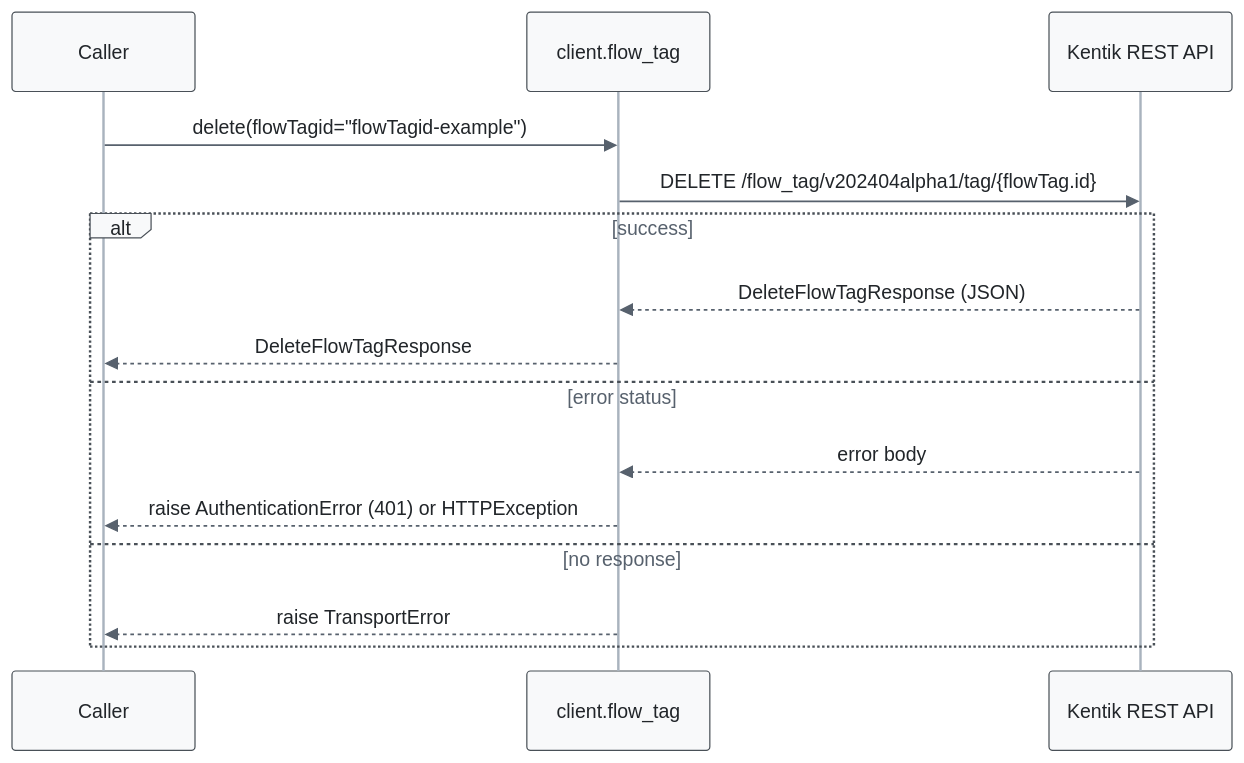
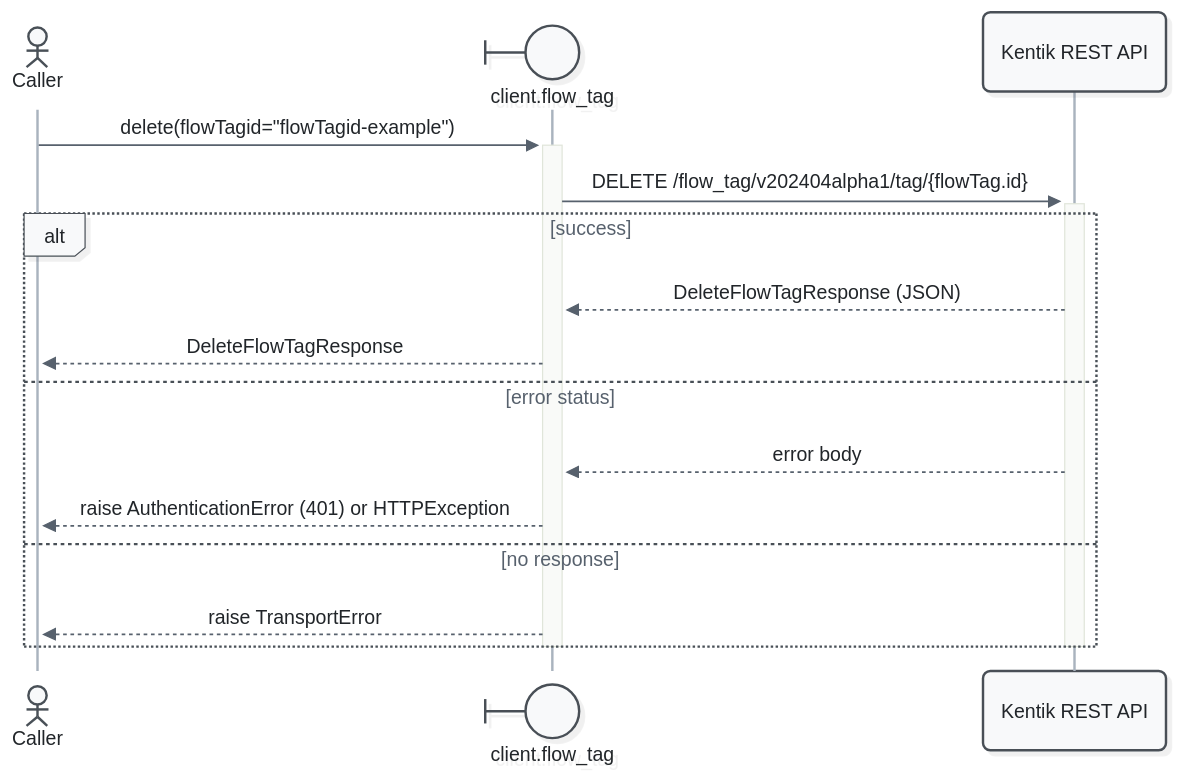
One commit to alexdearaujo/community_sdk_python changed the ninth of 11 diagrams in docs/sphinx/services/flow_tag.md. Above: the diagram before and after it, drawn with Mermaid. The commit also changed other lines of this file and 52 other files, not shown here.

First line of the commit message:
docs: Mermaid 12 sequence diagrams with participant types and path colors

````diff
--- a/docs/sphinx/services/flow_tag.md
+++ b/docs/sphinx/services/flow_tag.md
@@ -351,19 +371,21 @@
 ```mermaid
-%%{init: {"theme": "base", "fontFamily": "ui-monospace, SFMono-Regular, Menlo, monospace", "themeVariables": {"fontFamily": "ui-monospace, SFMono-Regular, Menlo, monospace", "primaryColor": "#f8f9fa", "primaryBorderColor": "#495057", "primaryTextColor": "#212529", "textColor": "#212529", "lineColor": "#77818c", "edgeLabelBackground": "#ffffff", "actorBkg": "#f8f9fa", "actorBorder": "#495057", "actorTextColor": "#212529", "actorLineColor": "#a9b3be", "signalColor": "#57616d", "signalTextColor": "#212529", "labelBoxBkgColor": "#f8f9fa", "labelBoxBorderColor": "#495057", "labelTextColor": "#212529", "loopTextColor": "#57616d", "noteBkgColor": "#fff9db", "noteBorderColor": "#f08c00", "noteTextColor": "#a35a00"}, "flowchart": {"curve": "step", "nodeSpacing": 30, "rankSpacing": 70, "wrappingWidth": 400}}}%%
+%%{init: {"theme": "redux", "look": "neo", "layout": "dagre", "fontFamily": "ui-monospace, SFMono-Regular, Menlo, monospace", "themeVariables": {"fontFamily": "ui-monospace, SFMono-Regular, Menlo, monospace", "primaryColor": "#f8f9fa", "primaryBorderColor": "#495057", "primaryTextColor": "#212529", "textColor": "#212529", "lineColor": "#77818c", "edgeLabelBackground": "#ffffff", "actorBkg": "#f8f9fa", "actorBorder": "#495057", "actorTextColor": "#212529", "actorLineColor": "#a9b3be", "signalColor": "#57616d", "signalTextColor": "#212529", "labelBoxBkgColor": "#f8f9fa", "labelBoxBorderColor": "#495057", "labelTextColor": "#212529", "loopTextColor": "#57616d", "noteBkgColor": "#fff9db", "noteBorderColor": "#f08c00", "noteTextColor": "#a35a00"}, "sequence": {"activationWidth": 16}, "flowchart": {"curve": "step", "nodeSpacing": 30, "rankSpacing": 70, "wrappingWidth": 400}}}%%
 sequenceDiagram
-    participant C as Caller
-    participant W as client.flow_tag
+    actor C as Caller
+    participant W@{ "type": "boundary" } as client.flow_tag
     participant API as Kentik REST API
 
-    C->>W: delete(flowTagid="flowTagid-example")
-    W->>API: DELETE /flow_tag/v202404alpha1/tag/{flowTag.id}
+    C->>+W: delete(flowTagid="flowTagid-example")
+    W->>+API: DELETE /flow_tag/v202404alpha1/tag/{flowTag.id}
     alt success
         API-->>W: DeleteFlowTagResponse (JSON)
         W-->>C: DeleteFlowTagResponse
     else error status
         API-->>W: error body
         W-->>C: raise AuthenticationError (401) or HTTPException
     else no response
         W-->>C: raise TransportError
     end
+    deactivate API
+    deactivate W
 ```
````
